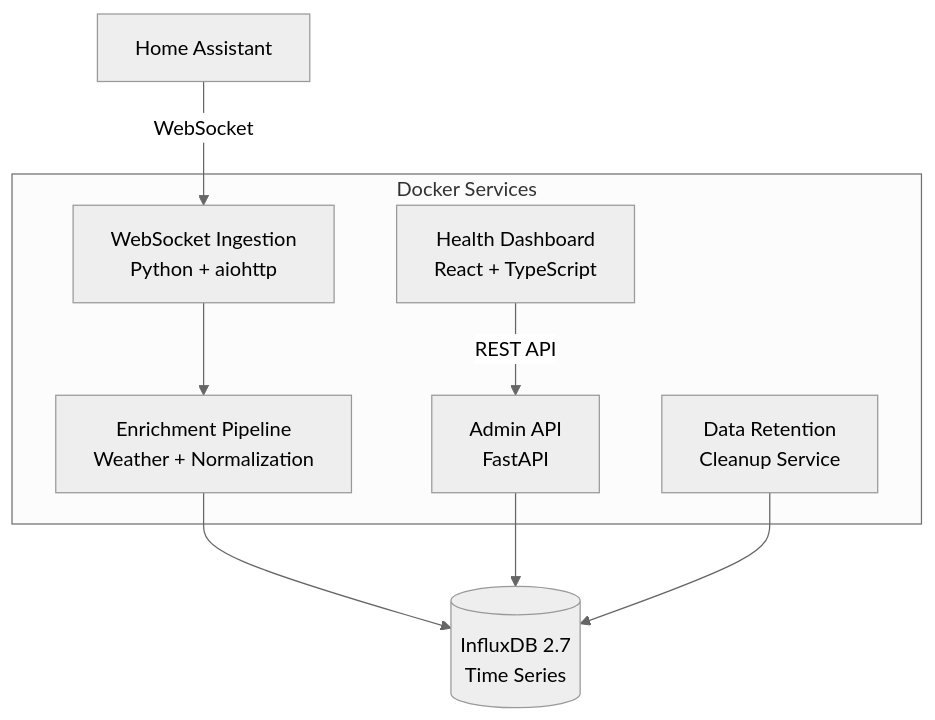
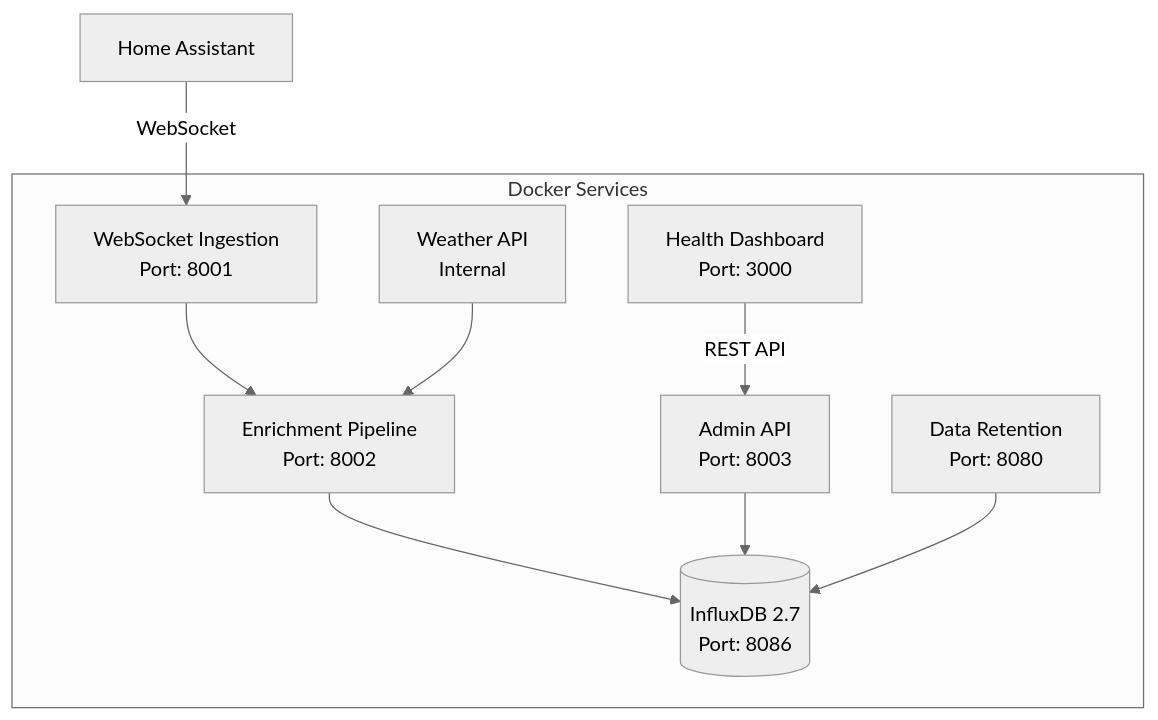
One commit to wtthornton/ha-ingestor changed the diagram in docs/architecture.md. Above: the diagram before and after it, drawn with Mermaid (neutral theme). The commit also changed other lines of this file and 27 other files, not shown here.

Commit message:
MAJOR: Comprehensive project documentation update and cleanup - Fixed all port mappings, updated service docs, corrected success rate to 66.7%, cleaned up 7 outdated docs, consolidated Context7 docs, added known issues documentation

````diff
--- a/docs/architecture.md
+++ b/docs/architecture.md
@@ -9,19 +9,22 @@
 ```mermaid
 graph TB
-    HA[Home Assistant] -->|WebSocket| WS[WebSocket Ingestion<br/>Python + aiohttp]
-    WS --> ENRICH[Enrichment Pipeline<br/>Weather + Normalization]
-    ENRICH --> INFLUX[(InfluxDB 2.7<br/>Time Series)]
+    HA[Home Assistant] -->|WebSocket| WS[WebSocket Ingestion<br/>Port: 8001]
+    WS --> ENRICH[Enrichment Pipeline<br/>Port: 8002]
+    ENRICH --> INFLUX[(InfluxDB 2.7<br/>Port: 8086)]
     
-    DASH[Health Dashboard<br/>React + TypeScript] -->|REST API| ADMIN[Admin API<br/>FastAPI]
+    DASH[Health Dashboard<br/>Port: 3000] -->|REST API| ADMIN[Admin API<br/>Port: 8003]
     ADMIN --> INFLUX
+    
+    WEATHER[Weather API<br/>Internal] --> ENRICH
+    RETENTION[Data Retention<br/>Port: 8080] --> INFLUX
     
     subgraph "Docker Services"
         WS
         ENRICH
         ADMIN
         DASH
-        RETENTION[Data Retention<br/>Cleanup Service]
+        WEATHER
+        RETENTION
+        INFLUX
     end
-    
-    RETENTION --> INFLUX
 ```
````
